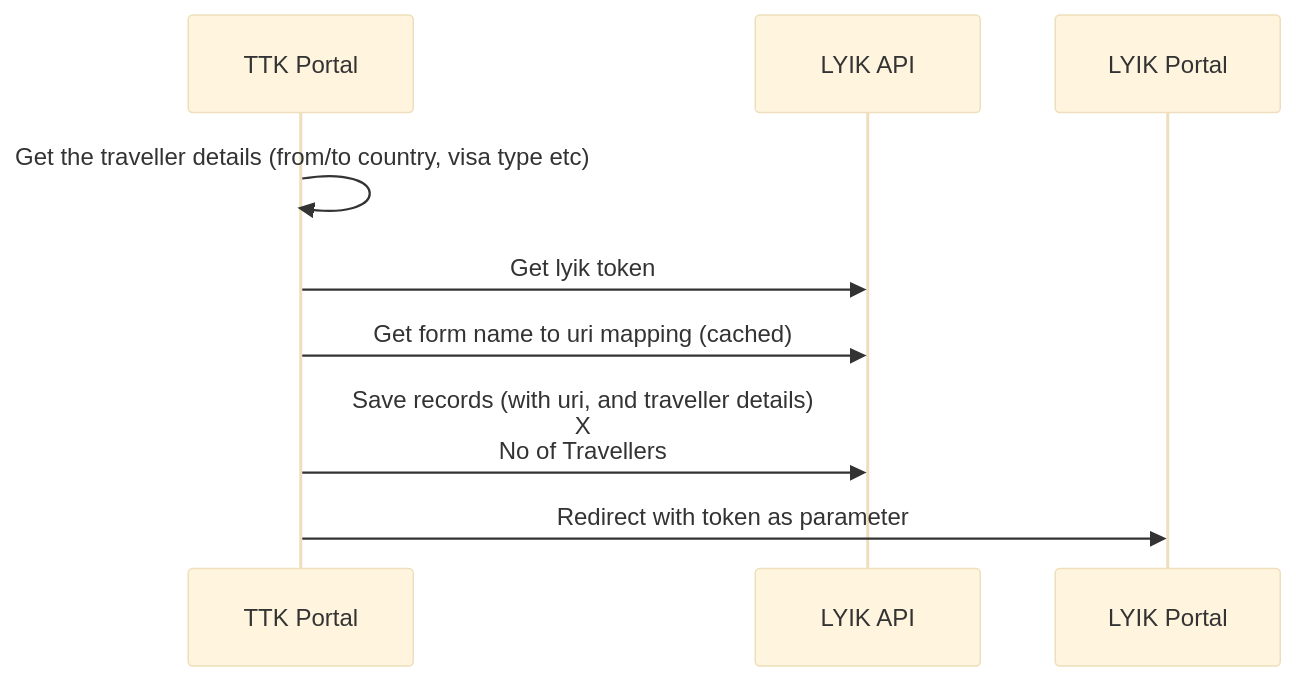
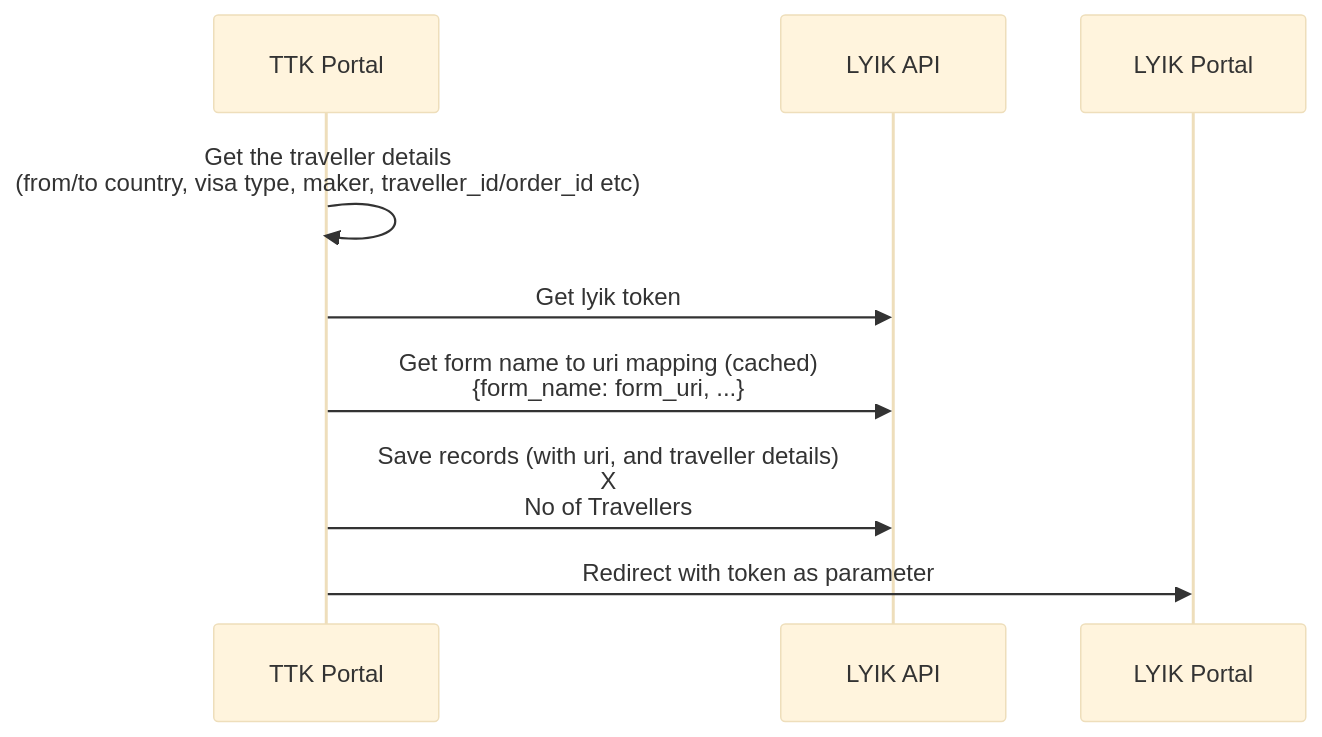
The diagram in ttk_discussions/2025-05-02 - MoM.md (lyikadmin/lyik_ttk), drawn with Mermaid (base theme) before and after one commit.

Commit message:
vault backup: 2025-05-02 14:58:57

````diff
--- a/ttk_discussions/2025-05-02 - MoM.md
+++ b/ttk_discussions/2025-05-02 - MoM.md
@@ -25,15 +25,15 @@
 ```mermaid
 sequenceDiagram
 participant tp as TTK Portal
 participant la as LYIK API
 participant lp as LYIK Portal
 
-tp->>tp: Get the traveller details (from/to country, visa type etc)
+tp->>tp: Get the traveller details<br>(from/to country, visa type, maker, traveller_id/order_id etc)
 tp->>la: Get lyik token
-tp->>la: Get form name to uri mapping (cached)
+tp->>la: Get form name to uri mapping (cached) <br> {form_name: form_uri, ...}
 tp->>la: Save records (with uri, and traveller details) <br>X <br>No of Travellers
 tp->>lp: Redirect with token as parameter
 
 
 
 ```
````
